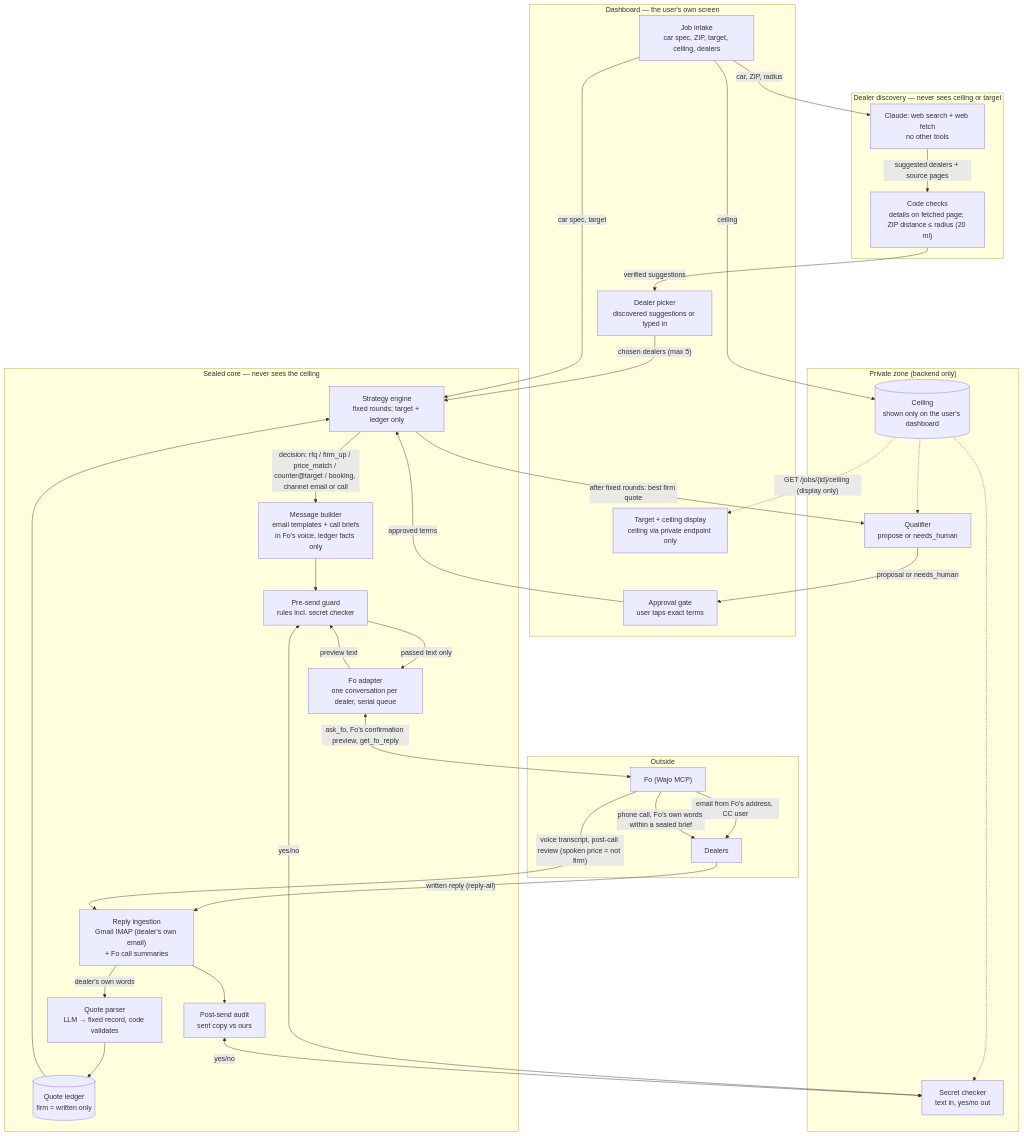
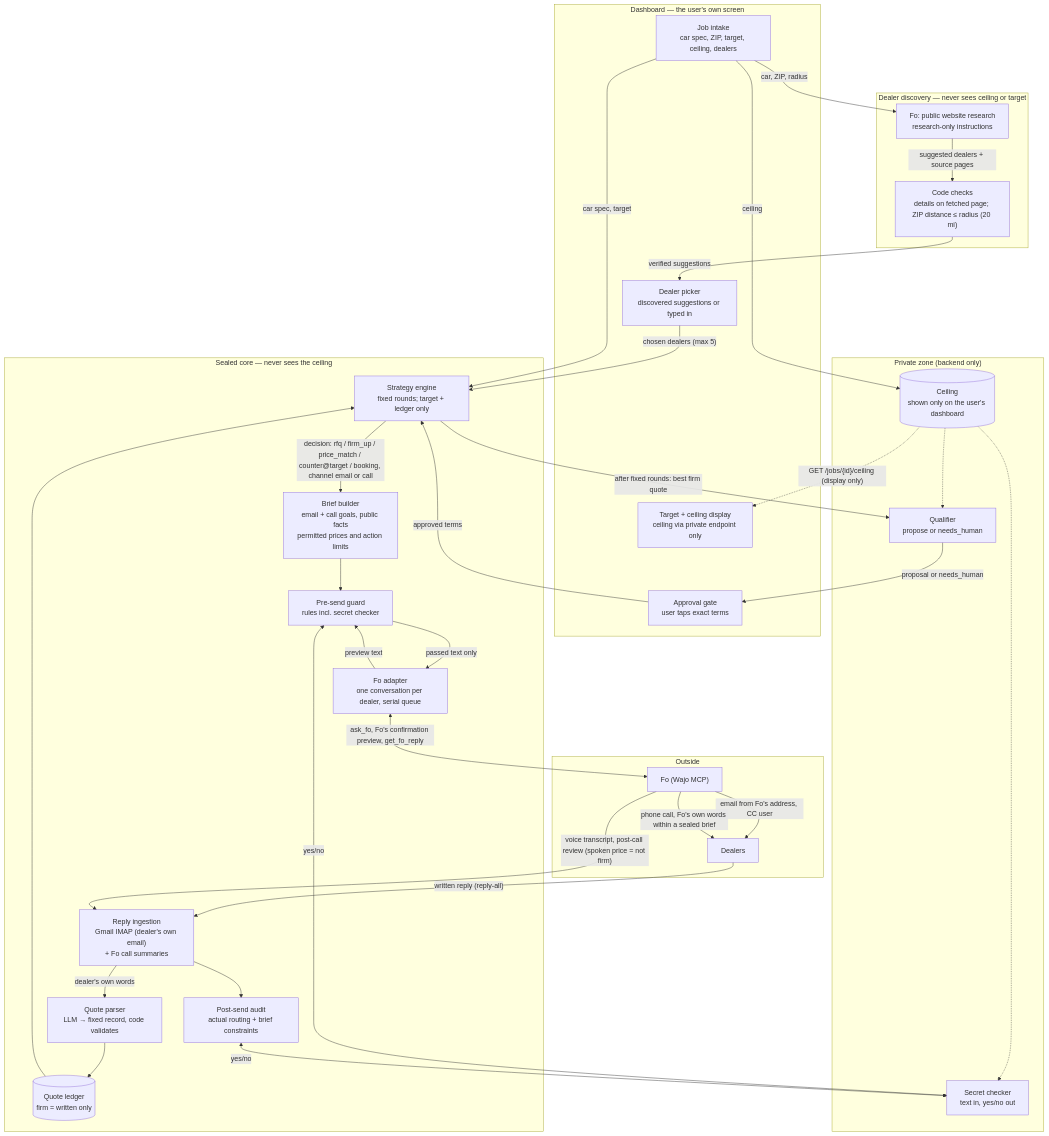
Before and after one commit to HetPatel1978/Sealed_GSD: the first of 2 diagrams in docs/architecture.md, drawn with Mermaid. The commit also changed other lines of this file and 81 other files, not shown here.

````diff
--- a/docs/architecture.md
+++ b/docs/architecture.md
@@ -29,64 +29,64 @@
 ```mermaid
 flowchart TB
     subgraph UI["Dashboard — the user's own screen"]
         INTAKE["Job intake<br/>car spec, ZIP, target, ceiling, dealers"]
         PICK["Dealer picker<br/>discovered suggestions or typed in"]
         SHOW["Target + ceiling display<br/>ceiling via private endpoint only"]
         APPROVE["Approval gate<br/>user taps exact terms"]
     end
 
     subgraph DISC["Dealer discovery — never sees ceiling or target"]
-        FIND["Claude: web search + web fetch<br/>no other tools"]
+        FIND["Fo: public website research<br/>research-only instructions"]
         DCHECK["Code checks<br/>details on fetched page; ZIP distance ≤ radius (20 mi)"]
     end
 
     subgraph PRIVATE["Private zone (backend only)"]
         VAULT[("Ceiling<br/>shown only on the user's dashboard")]
         QUAL["Qualifier<br/>propose or needs_human"]
         SECRET["Secret checker<br/>text in, yes/no out"]
     end
 
     subgraph CORE["Sealed core — never sees the ceiling"]
         STRAT["Strategy engine<br/>fixed rounds; target + ledger only"]
-        BUILD["Message builder<br/>email templates + call briefs<br/>in Fo's voice, ledger facts only"]
+        BUILD["Brief builder<br/>email + call goals, public facts<br/>permitted prices and action limits"]
         GUARD["Pre-send guard<br/>rules incl. secret checker"]
         FOAD["Fo adapter<br/>one conversation per dealer, serial queue"]
         INGEST["Reply ingestion<br/>Gmail IMAP (dealer's own email)<br/>+ Fo call summaries"]
         PARSE["Quote parser<br/>LLM → fixed record, code validates"]
         LEDGER[("Quote ledger<br/>firm = written only")]
-        AUDIT["Post-send audit<br/>sent copy vs ours"]
+        AUDIT["Post-send audit<br/>actual routing + brief constraints"]
     end
 
     subgraph EXT["Outside"]
         FO["Fo (Wajo MCP)"]
         DEALERS["Dealers"]
     end
 
     INTAKE -->|"car, ZIP, radius"| FIND
     FIND -->|"suggested dealers + source pages"| DCHECK
     DCHECK -->|"verified suggestions"| PICK
     PICK -->|"chosen dealers (max 5)"| STRAT
     INTAKE -->|ceiling| VAULT
     VAULT -.->|"GET /jobs/{id}/ceiling (display only)"| SHOW
     INTAKE -->|"car spec, target"| STRAT
     STRAT -->|"decision: rfq / firm_up / price_match / counter@target / booking, channel email or call"| BUILD
     BUILD --> GUARD
     GUARD <-->|"yes/no"| SECRET
     VAULT -.-> SECRET
     GUARD -->|passed text only| FOAD
     FOAD <-->|"ask_fo, Fo's confirmation preview, get_fo_reply"| FO
     FOAD -->|"preview text"| GUARD
     FO -->|"email from Fo's address, CC user"| DEALERS
     FO -->|"phone call, Fo's own words within a sealed brief"| DEALERS
     DEALERS -->|"written reply (reply-all)"| INGEST
     FO -->|"voice transcript, post-call review (spoken price = not firm)"| INGEST
     INGEST --> AUDIT
     AUDIT <-->|"yes/no"| SECRET
     INGEST -->|"dealer's own words"| PARSE
     PARSE --> LEDGER
     LEDGER --> STRAT
     STRAT -->|"after fixed rounds: best firm quote"| QUAL
     VAULT -.-> QUAL
     QUAL -->|"proposal or needs_human"| APPROVE
     APPROVE -->|"approved terms"| STRAT
 ```
````
